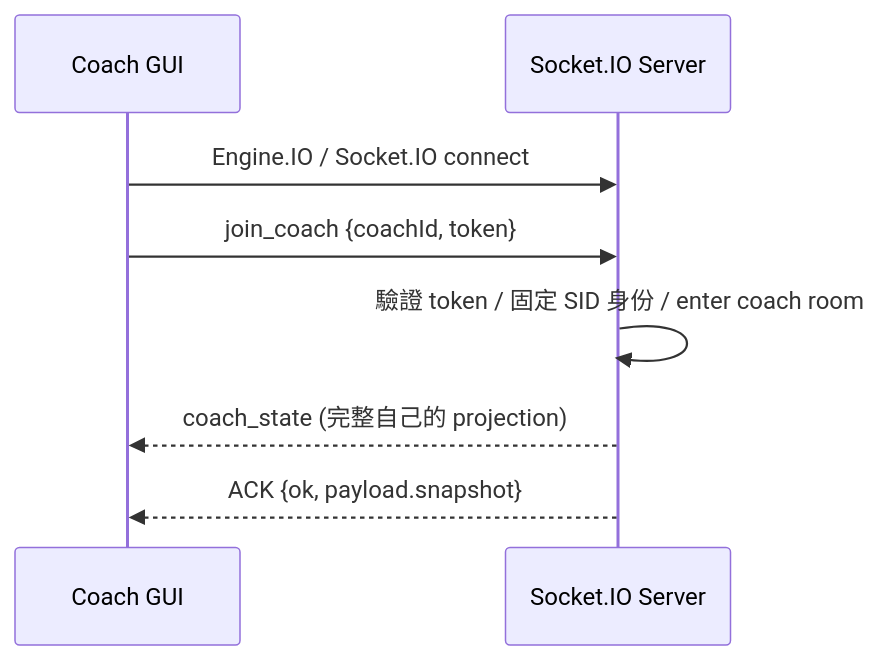
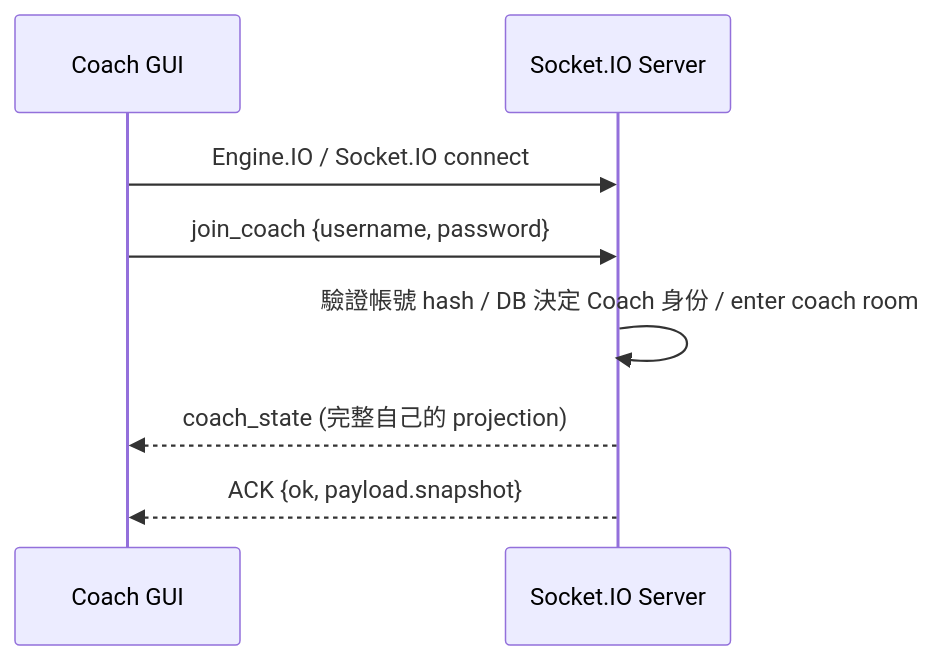
One commit to ian9494/coach-auction-system changed the first of 6 diagrams in docs/FINAL_PROJECT_SEQUENCE_DIAGRAMS.md. Above: the diagram before and after it, drawn with Mermaid. The commit also changed other lines of this file and 20 other files, not shown here.

````diff
--- a/docs/FINAL_PROJECT_SEQUENCE_DIAGRAMS.md
+++ b/docs/FINAL_PROJECT_SEQUENCE_DIAGRAMS.md
@@ -7,10 +7,10 @@
 ```mermaid
 sequenceDiagram
   participant C as Coach GUI
   participant T as Socket.IO Server
   C->>T: Engine.IO / Socket.IO connect
-  C->>T: join_coach {coachId, token}
-  T->>T: 驗證 token / 固定 SID 身份 / enter coach room
+  C->>T: join_coach {username, password}
+  T->>T: 驗證帳號 hash / DB 決定 Coach 身份 / enter coach room
   T-->>C: coach_state (完整自己的 projection)
   T-->>C: ACK {ok, payload.snapshot}
 ```
````
